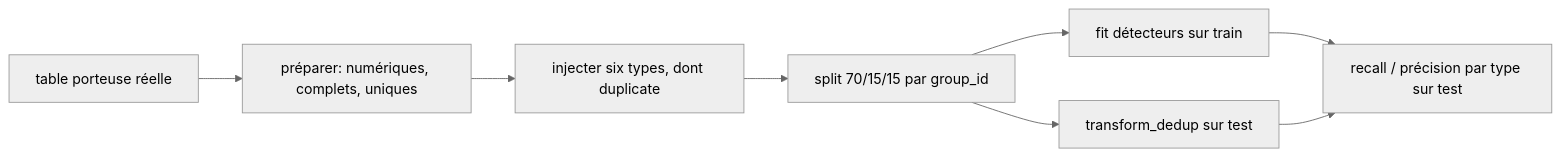
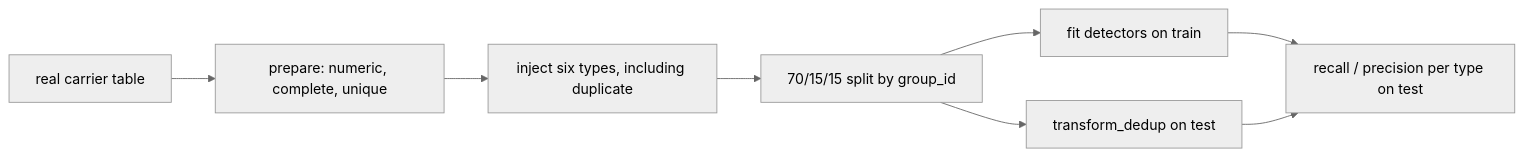
The second of 2 diagrams in docs/thesis-remediation/ETL_PATHS_2026-11-07.md (theobigand/etl-anomaly-benchmark), drawn with Mermaid (neutral theme) before and after one commit. The commit also changed other lines of this file and 5 other files, not shown here.

````diff
--- a/docs/thesis-remediation/ETL_PATHS_2026-11-07.md
+++ b/docs/thesis-remediation/ETL_PATHS_2026-11-07.md
@@ -24,10 +24,10 @@
 ```mermaid
 flowchart LR
-  A[table porteuse réelle] --> B[préparer: numériques, complets, uniques]
-  B --> C[injecter six types, dont duplicate]
-  C --> D[split 70/15/15 par group_id]
-  D --> E[fit détecteurs sur train]
-  D --> F[transform_dedup sur test]
-  E --> G[recall / précision par type sur test]
+  A[real carrier table] --> B[prepare: numeric, complete, unique]
+  B --> C[inject six types, including duplicate]
+  C --> D[70/15/15 split by group_id]
+  D --> E[fit detectors on train]
+  D --> F[transform_dedup on test]
+  E --> G[recall / precision per type on test]
   F --> G
 ```
````
